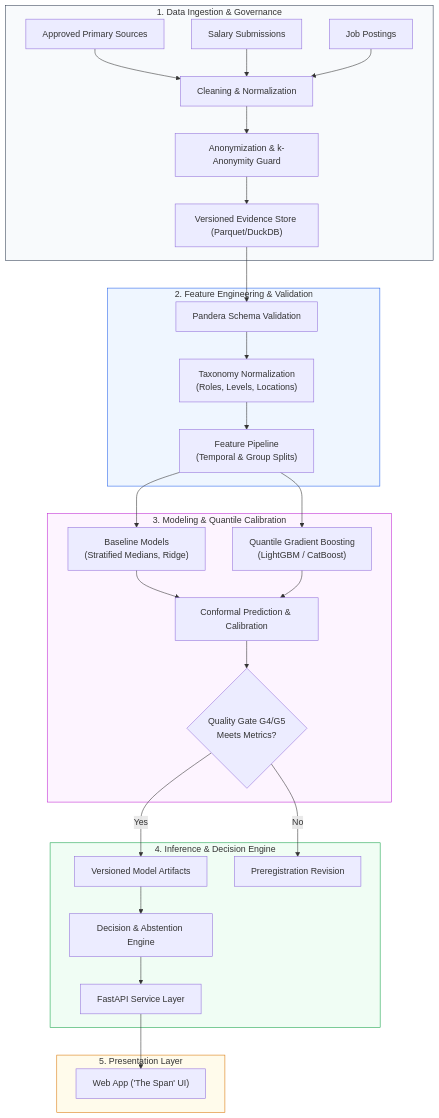
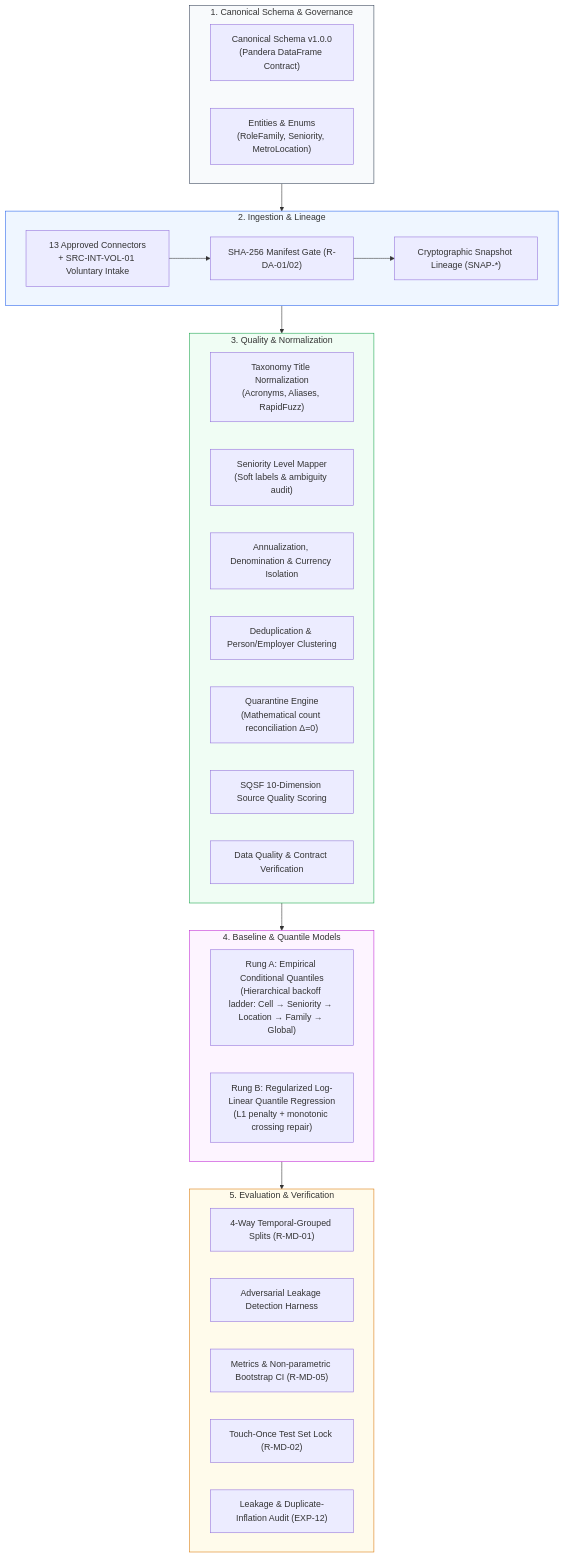
Before and after one commit to HarshkumarG007/ArthaIQ: the second of 2 diagrams in README.md, drawn with Mermaid. The commit also changed other lines of this file and 6 other files, not shown here.

````diff
--- a/README.md
+++ b/README.md
@@ -174,40 +148,45 @@
 ```mermaid
 flowchart TD
-    subgraph INGEST ["1. Data Ingestion & Governance"]
-        S1["Approved Primary Sources"] --> CLEAN["Cleaning & Normalization"]
-        S2["Salary Submissions"] --> CLEAN
-        S3["Job Postings"] --> CLEAN
-        CLEAN --> ANONYMIZE["Anonymization & k-Anonymity Guard"]
-        ANONYMIZE --> DVC["Versioned Evidence Store (Parquet/DuckDB)"]
+    subgraph SCHEMA ["1. Canonical Schema & Governance"]
+        SCHEMA_DEF["Canonical Schema v1.0.0<br/>(Pandera DataFrame Contract)"]
+        ENTITIES["Entities & Enums<br/>(RoleFamily, Seniority, MetroLocation)"]
     end
 
-    subgraph FEATURES ["2. Feature Engineering & Validation"]
-        DVC --> PANDERA["Pandera Schema Validation"]
-        PANDERA --> TAXONOMY["Taxonomy Normalization<br/>(Roles, Levels, Locations)"]
-        TAXONOMY --> FEAT["Feature Pipeline<br/>(Temporal & Group Splits)"]
+    subgraph INGEST ["2. Ingestion & Lineage"]
+        CONN["13 Approved Connectors<br/>+ SRC-INT-VOL-01 Voluntary Intake"]
+        MANIFEST["SHA-256 Manifest Gate (R-DA-01/02)"]
+        LINEAGE["Cryptographic Snapshot Lineage (SNAP-*)"]
+        CONN --> MANIFEST --> LINEAGE
     end
 
-    subgraph MODELS ["3. Modeling & Quantile Calibration"]
-        FEAT --> BASELINE["Baseline Models<br/>(Stratified Medians, Ridge)"]
-        FEAT --> QUANTILE["Quantile Gradient Boosting<br/>(LightGBM / CatBoost)"]
-        BASELINE & QUANTILE --> ENSEMBLE["Conformal Prediction & Calibration"]
-        ENSEMBLE --> GATE{"Quality Gate G4/G5<br/>Meets Metrics?"}
+    subgraph QUALITY ["3. Quality & Normalization"]
+        TITLES["Taxonomy Title Normalization<br/>(Acronyms, Aliases, RapidFuzz)"]
+        LEVELS["Seniority Level Mapper<br/>(Soft labels & ambiguity audit)"]
+        NORM["Annualization, Denomination & Currency Isolation"]
+        DEDUP["Deduplication & Person/Employer Clustering"]
+        QUARANTINE["Quarantine Engine<br/>(Mathematical count reconciliation Δ=0)"]
+        SQSF["SQSF 10-Dimension Source Quality Scoring"]
+        REPORT["Data Quality & Contract Verification"]
     end
 
-    subgraph SERVING ["4. Inference & Decision Engine"]
-        GATE -- Yes --> BUNDLE["Versioned Model Artifacts"]
-        GATE -- No --> REVISE["Preregistration Revision"]
-        BUNDLE --> ENGINE["Decision & Abstention Engine"]
-        ENGINE --> API["FastAPI Service Layer"]
+    subgraph MODELS ["4. Baseline & Quantile Models"]
+        RUNGA["Rung A: Empirical Conditional Quantiles<br/>(Hierarchical backoff ladder: Cell → Seniority → Location → Family → Global)"]
+        RUNGB["Rung B: Regularized Log-Linear Quantile Regression<br/>(L1 penalty + monotonic crossing repair)"]
     end
 
-    subgraph CLIENT ["5. Presentation Layer"]
-        API --> WEB["Web App ('The Span' UI)"]
+    subgraph EVAL ["5. Evaluation & Verification"]
+        SPLITS["4-Way Temporal-Grouped Splits (R-MD-01)"]
+        LEAK_AUDIT["Adversarial Leakage Detection Harness"]
+        METRICS["Metrics & Non-parametric Bootstrap CI (R-MD-05)"]
+        LOCK["Touch-Once Test Set Lock (R-MD-02)"]
+        INFLATION["Leakage & Duplicate-Inflation Audit (EXP-12)"]
     end
 
-    style INGEST fill:#f8fafc,stroke:#334155
-    style FEATURES fill:#eff6ff,stroke:#2563eb
+    SCHEMA --> INGEST --> QUALITY --> MODELS --> EVAL
+
+    style SCHEMA fill:#f8fafc,stroke:#334155
+    style INGEST fill:#eff6ff,stroke:#2563eb
+    style QUALITY fill:#f0fdf4,stroke:#16a34a
     style MODELS fill:#fdf4ff,stroke:#c026d3
-    style SERVING fill:#f0fdf4,stroke:#16a34a
-    style CLIENT fill:#fffbeb,stroke:#d97706
+    style EVAL fill:#fffbeb,stroke:#d97706
 ```
````
